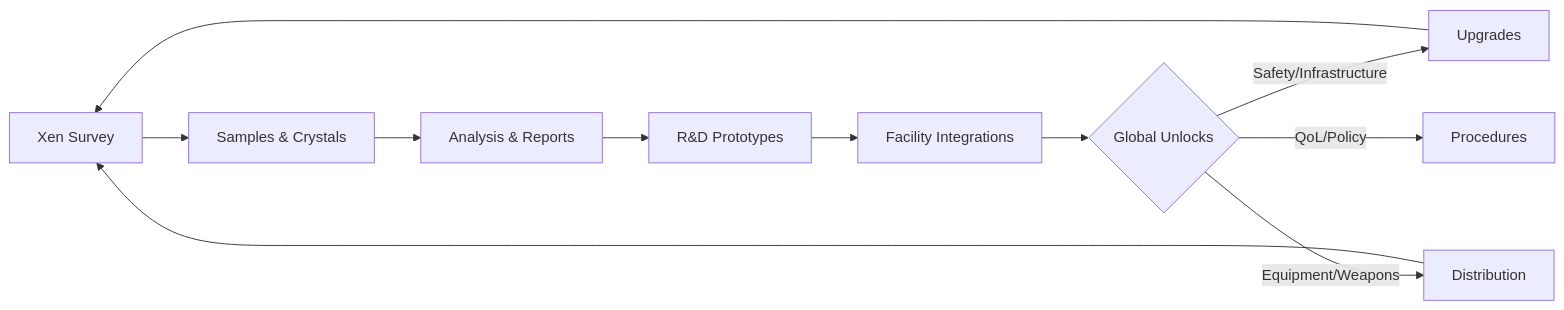
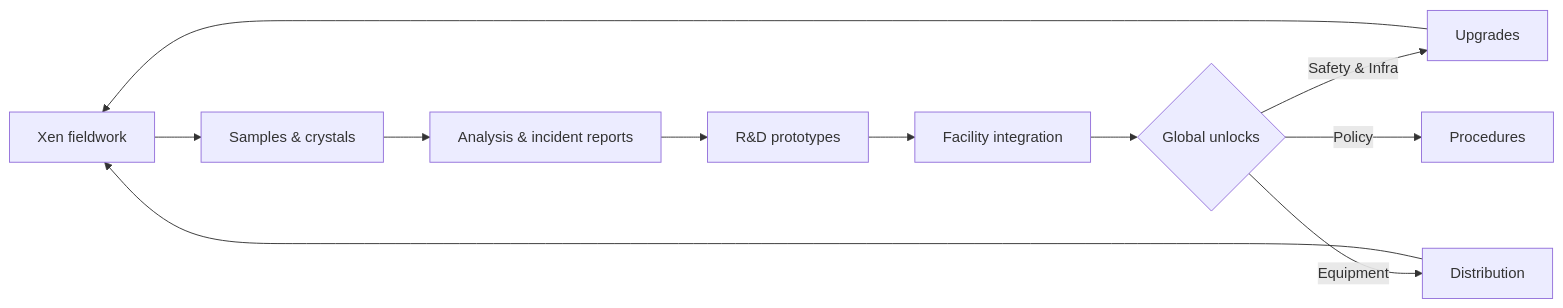
One commit to Project-Ordinance/website-wiki changed the first of 3 diagrams in docs/projects/main-server.md. Above: the diagram before and after it, drawn with Mermaid. The commit also changed other lines of this file and 1 other file, not shown here.

Commit message:
Add custom Mermaid.js support to pymdownx.superfences in mkdocs.yml

````diff
--- a/docs/projects/main-server.md
+++ b/docs/projects/main-server.md
@@ -33,13 +28,13 @@
-```mermaid
-flowchart LR
-    A[Xen Survey] --> B[Samples & Crystals]
-    B --> C[Analysis & Reports]
-    C --> D[R&D Prototypes]
-    D --> E[Facility Integrations]
-    E --> F{Global Unlocks}
-    F -->|Safety/Infrastructure| G[Upgrades]
-    F -->|Equipment/Weapons| H[Distribution]
-    F -->|QoL/Policy| I[Procedures]
-    H --> A
-    G --> A
+``` mermaid
+graph LR
+  A[Xen fieldwork] --> B[Samples & crystals]
+  B --> C[Analysis & incident reports]
+  C --> D[R&D prototypes]
+  D --> E[Facility integration]
+  E --> F{Global unlocks}
+  F -->|Safety & Infra| G[Upgrades]
+  F -->|Equipment| H[Distribution]
+  F -->|Policy| I[Procedures]
+  G --> A
+  H --> A
 ```
````
